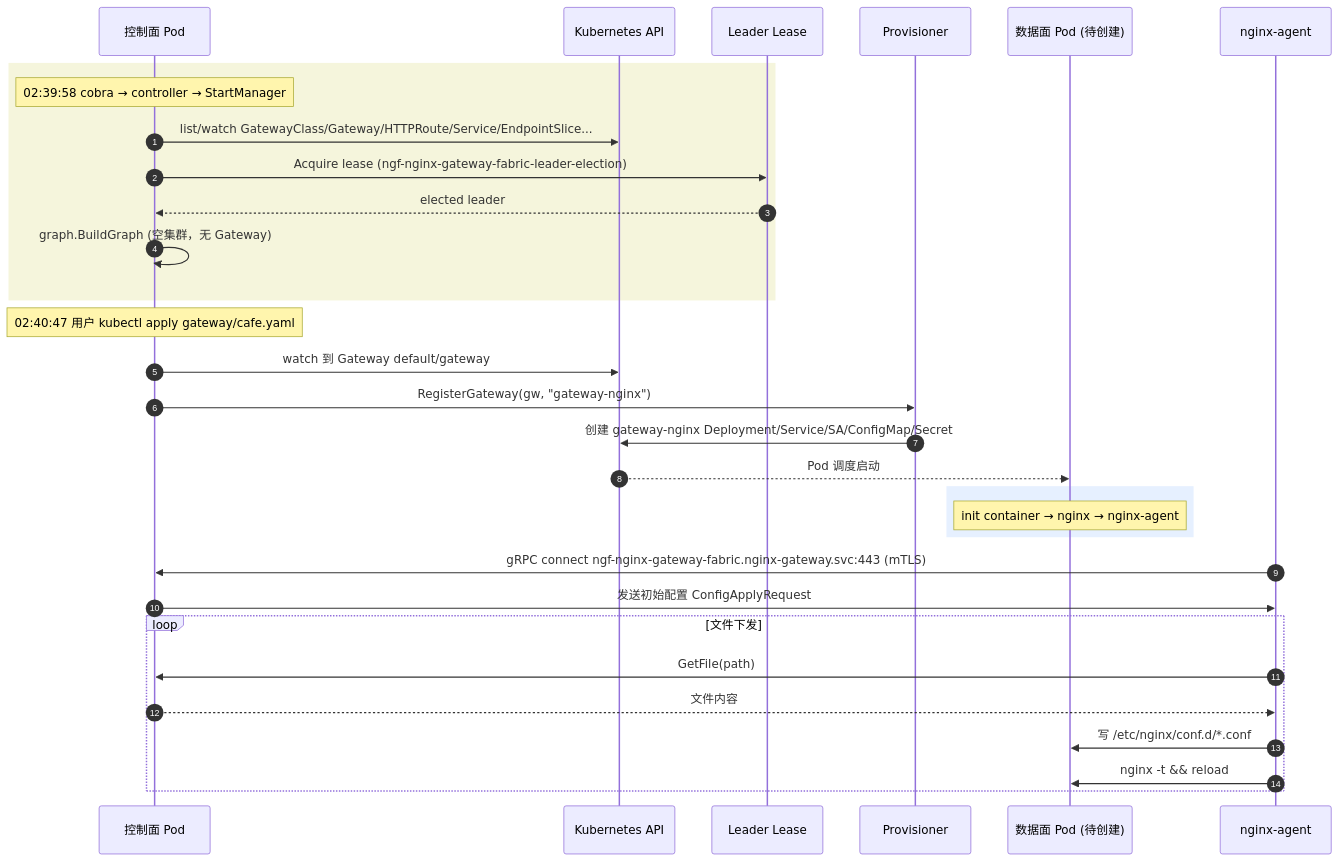
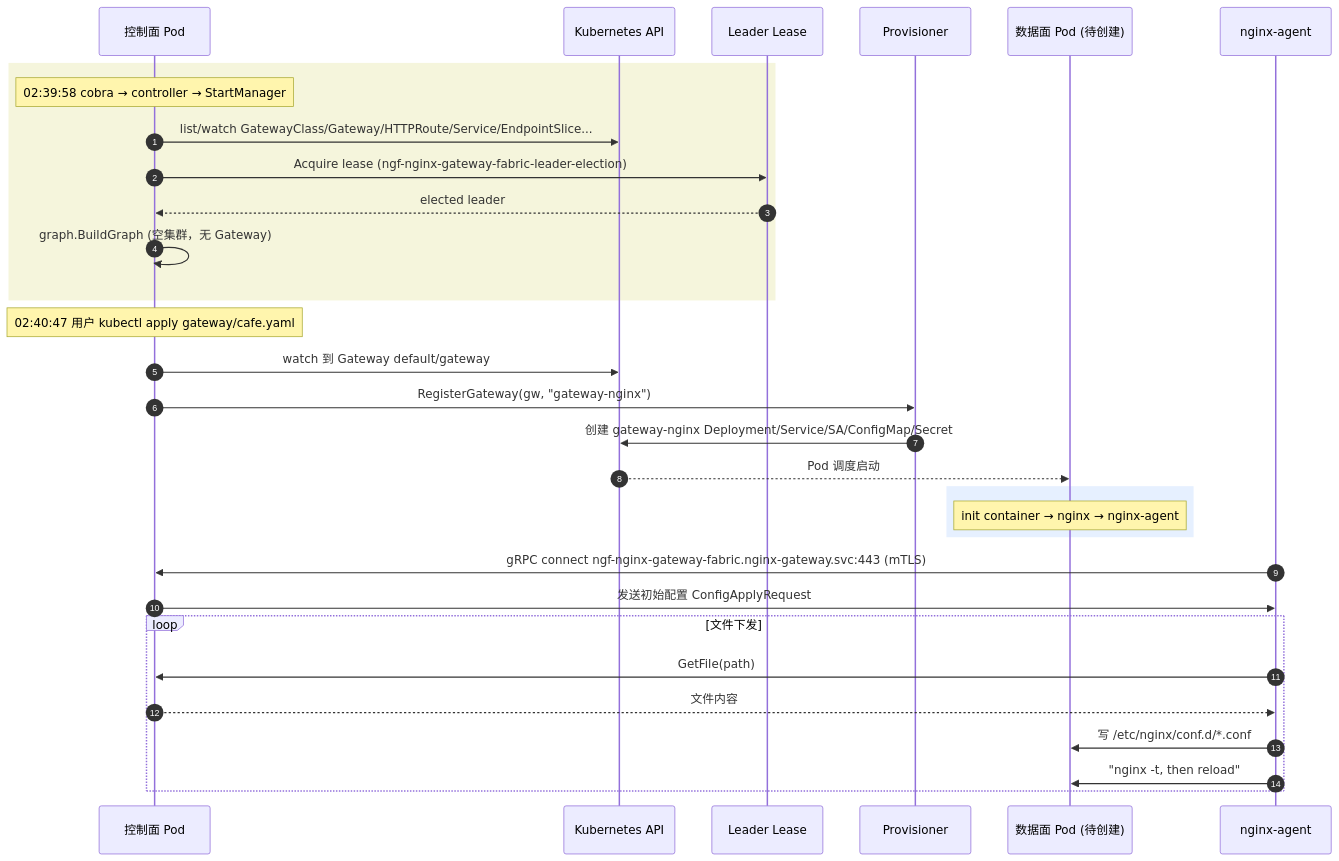
One commit to trynocoding/nginx-gateway-fabric changed the second of 2 diagrams in docs/ngf-pod-startup-analysis-obsidian.md. Above: the diagram before and after it, drawn with Mermaid. The commit also changed other lines of this file, not shown here.

````diff
--- a/docs/ngf-pod-startup-analysis-obsidian.md
+++ b/docs/ngf-pod-startup-analysis-obsidian.md
@@ -181,33 +185,33 @@
 ```mermaid
 sequenceDiagram
     autonumber
     participant CP as 控制面 Pod
     participant K8s as Kubernetes API
     participant Lease as Leader Lease
     participant Prov as Provisioner
     participant DP as 数据面 Pod (待创建)
     participant Agent as nginx-agent
     rect rgb(245,245,220)
     Note over CP: 02:39:58 cobra → controller → StartManager
     CP->>K8s: list/watch GatewayClass/Gateway/HTTPRoute/Service/EndpointSlice...
     CP->>Lease: Acquire lease (ngf-nginx-gateway-fabric-leader-election)
     Lease-->>CP: elected leader
     CP->>CP: graph.BuildGraph (空集群，无 Gateway)
     end
     Note over CP: 02:40:47 用户 kubectl apply gateway/cafe.yaml
     CP->>K8s: watch 到 Gateway default/gateway
     CP->>Prov: RegisterGateway(gw, "gateway-nginx")
     Prov->>K8s: 创建 gateway-nginx Deployment/Service/SA/ConfigMap/Secret
     K8s-->>DP: Pod 调度启动
     rect rgb(230,240,255)
     Note over DP: init container → nginx → nginx-agent
     end
     Agent->>CP: gRPC connect ngf-nginx-gateway-fabric.nginx-gateway.svc:443 (mTLS)
     CP->>Agent: 发送初始配置 ConfigApplyRequest
     loop 文件下发
         Agent->>CP: GetFile(path)
         CP-->>Agent: 文件内容
         Agent->>DP: 写 /etc/nginx/conf.d/*.conf
-        Agent->>DP: nginx -t && reload
+        Agent->>DP: "nginx -t, then reload"
     end
 ```
````
